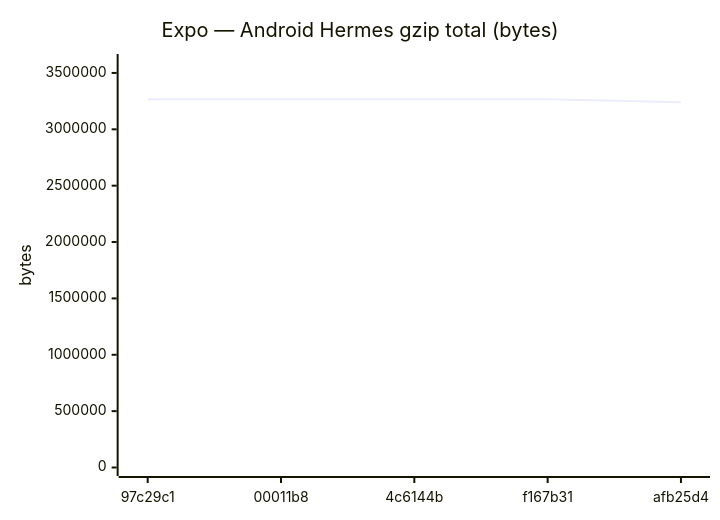
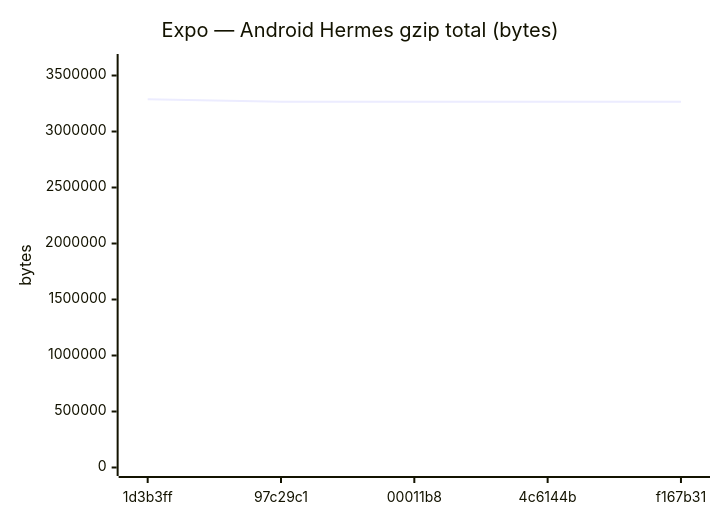
One commit to Metaheurist/Rianell changed diagram 11 of 18 in benchmarks/compare.md. Above: the diagram before and after it, drawn with Mermaid. The commit also changed other lines of this file and 11 other files, not shown here.

````diff
--- a/benchmarks/compare.md
+++ b/benchmarks/compare.md
@@ -172,7 +172,7 @@
 ```mermaid
 xychart-beta
     title "Expo — Android Hermes gzip total (bytes)"
-    x-axis ["97c29c1", "00011b8", "4c6144b", "f167b31", "afb25d4"]
-    y-axis "bytes" 0 --> 3592704
-    line [3266092, 3266094, 3266092, 3266093, 3239886]
+    x-axis ["1d3b3ff", "97c29c1", "00011b8", "4c6144b", "f167b31"]
+    y-axis "bytes" 0 --> 3616167
+    line [3287424, 3266092, 3266094, 3266092, 3266093]
 ```
````
